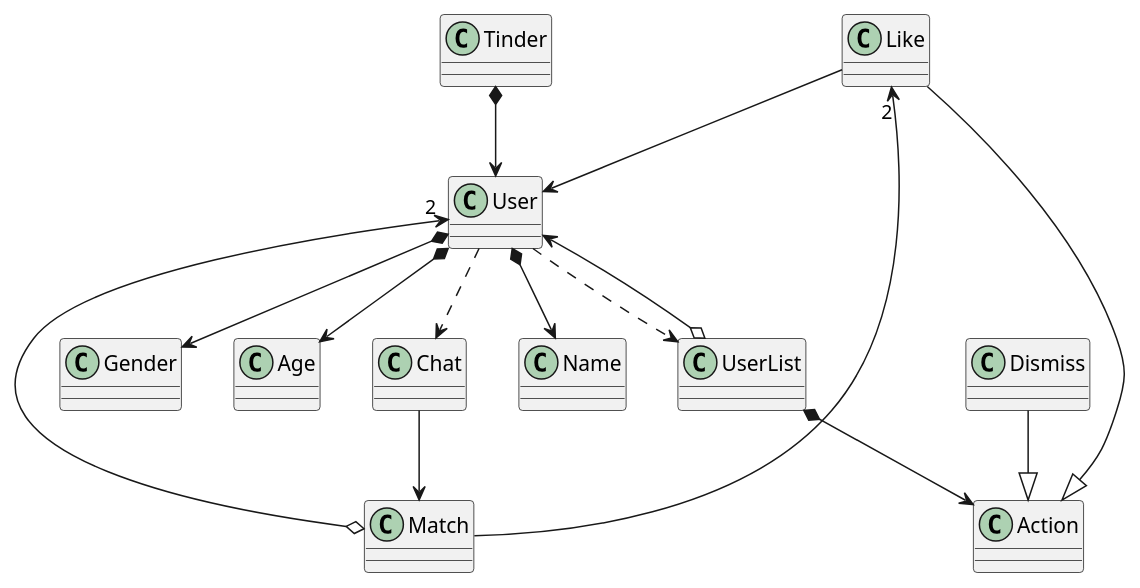
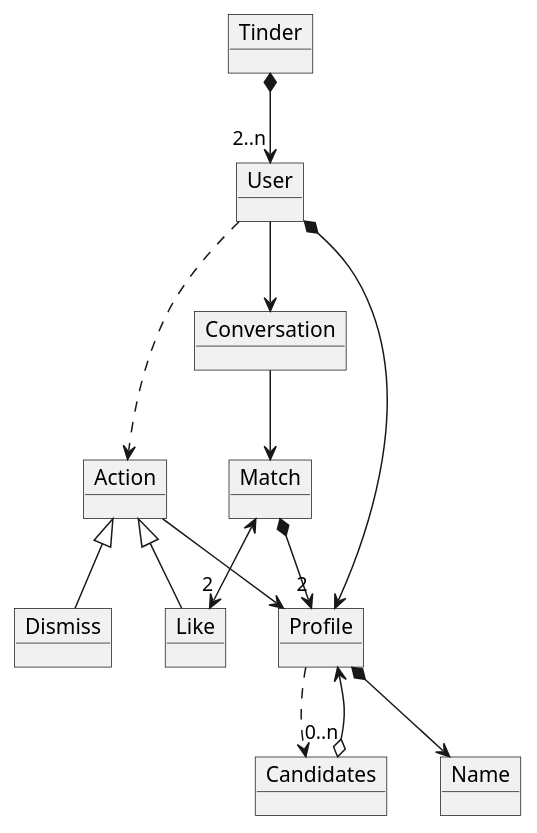
The diagram in docs/src/domain-model.puml (fraylopez/tinder), drawn with PlantUML before and after one commit. The commit also changed 1 other file, not shown here.

```diff
--- a/docs/src/domain-model.puml
+++ b/docs/src/domain-model.puml
@@ -1,28 +1,33 @@
 @startuml
 
-class Tinder
-class Match
-class Like
-class Action
-class UserList
+object Tinder
+object Match
+object Like
+object Dismiss
+object Action
+object Candidates
+object User
+object Profile
+object Name
+object Conversation
 
-Tinder *--> User
-User *--> Gender
-User *--> Age
-User *--> Name
+User ..> Action
+User *--> Profile
 
-Like --|> Action
-Dismiss --|> Action
-UserList o-down-> User
+Tinder *--> "2..n" User
+Profile *--> Name
 
-User ..> UserList
-User ..> Chat
-Chat --> Match
+Like -up-|> Action
+Dismiss -up-|> Action
+Candidates "0..n" o-down-> Profile
 
-UserList *-down-> Action
-Match o--> "2" User
+Profile ..> Candidates
+Conversation --> Match
 
-Like --> User
-Like "2" <-- Match
+Action --> Profile
+Match *--> "2" Profile
+Match <--> "2" Like
+
+User --> Conversation
 
 @enduml
```
